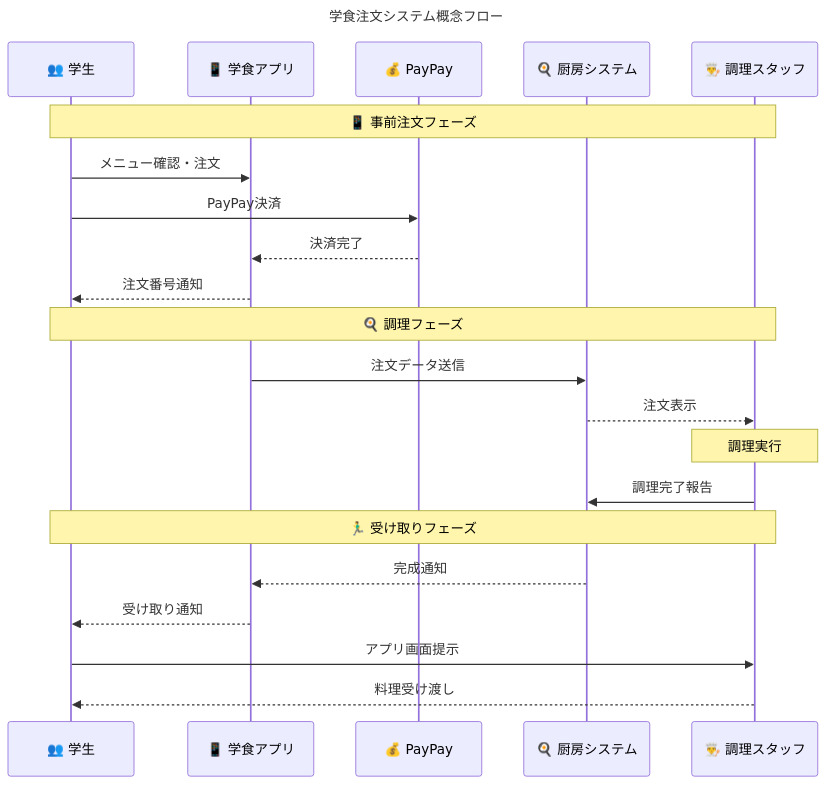
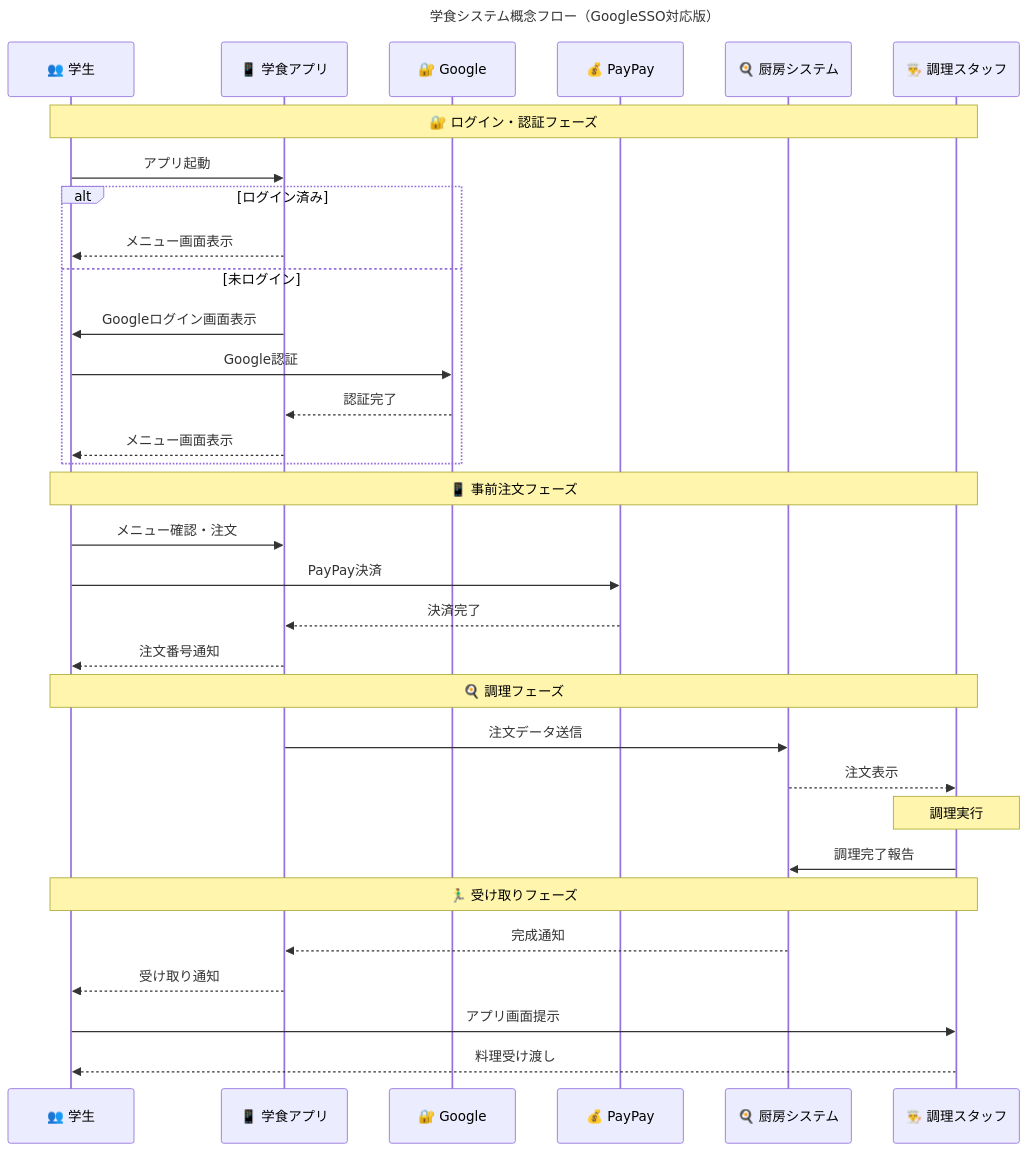
The first of 2 diagrams in docs/システム化計画.md (tarou-imokenpi/GAKUSHOKU-PASS), drawn with Mermaid before and after one commit. The commit also changed other lines of this file, not shown here.

Commit message:
docs: Google SSOを想定した概念フローと概念データモデルを追加

````diff
--- a/docs/システム化計画.md
+++ b/docs/システム化計画.md
@@ -35,32 +36,46 @@
 ```mermaid
 ---
-title: 学食注文システム概念フロー
+title: 学食システム概念フロー（GoogleSSO対応版）
 ---
 sequenceDiagram
     participant Student as 👥 学生
     participant App as 📱 学食アプリ
+    participant Google as 🔐 Google
     participant PayPay as 💰 PayPay
     participant Kitchen as 🍳 厨房システム
     participant Staff as 👨‍🍳 調理スタッフ
+
+    %% ログイン・認証フェーズ
+    Note over Student, Staff: 🔐 ログイン・認証フェーズ
+    Student->>App: アプリ起動
+
+    alt ログイン済み
+        App-->>Student: メニュー画面表示
+    else 未ログイン
+        App->>Student: Googleログイン画面表示
+        Student->>Google: Google認証
+        Google-->>App: 認証完了
+        App-->>Student: メニュー画面表示
+    end
 
     %% 注文フェーズ
     Note over Student, Staff: 📱 事前注文フェーズ
     Student->>App: メニュー確認・注文
     Student->>PayPay: PayPay決済
     PayPay-->>App: 決済完了
     App-->>Student: 注文番号通知
 
     %% 調理フェーズ
     Note over Student, Staff: 🍳 調理フェーズ
     App->>Kitchen: 注文データ送信
     Kitchen-->>Staff: 注文表示
     Note over Staff: 調理実行
     Staff->>Kitchen: 調理完了報告
 
     %% 受け取りフェーズ
     Note over Student, Staff: 🏃‍♂️ 受け取りフェーズ
     Kitchen-->>App: 完成通知
     App-->>Student: 受け取り通知
     Student->>Staff: アプリ画面提示
     Staff-->>Student: 料理受け渡し
 ```
````
